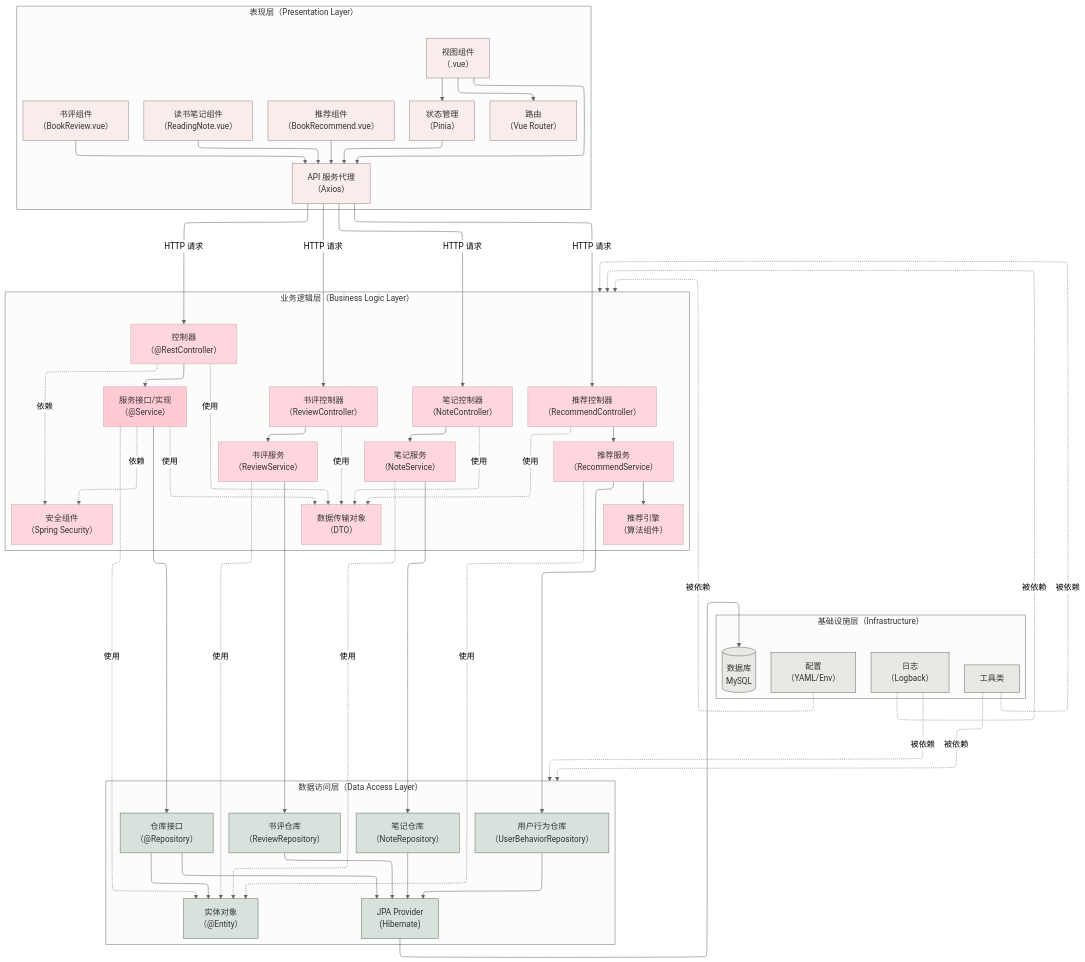
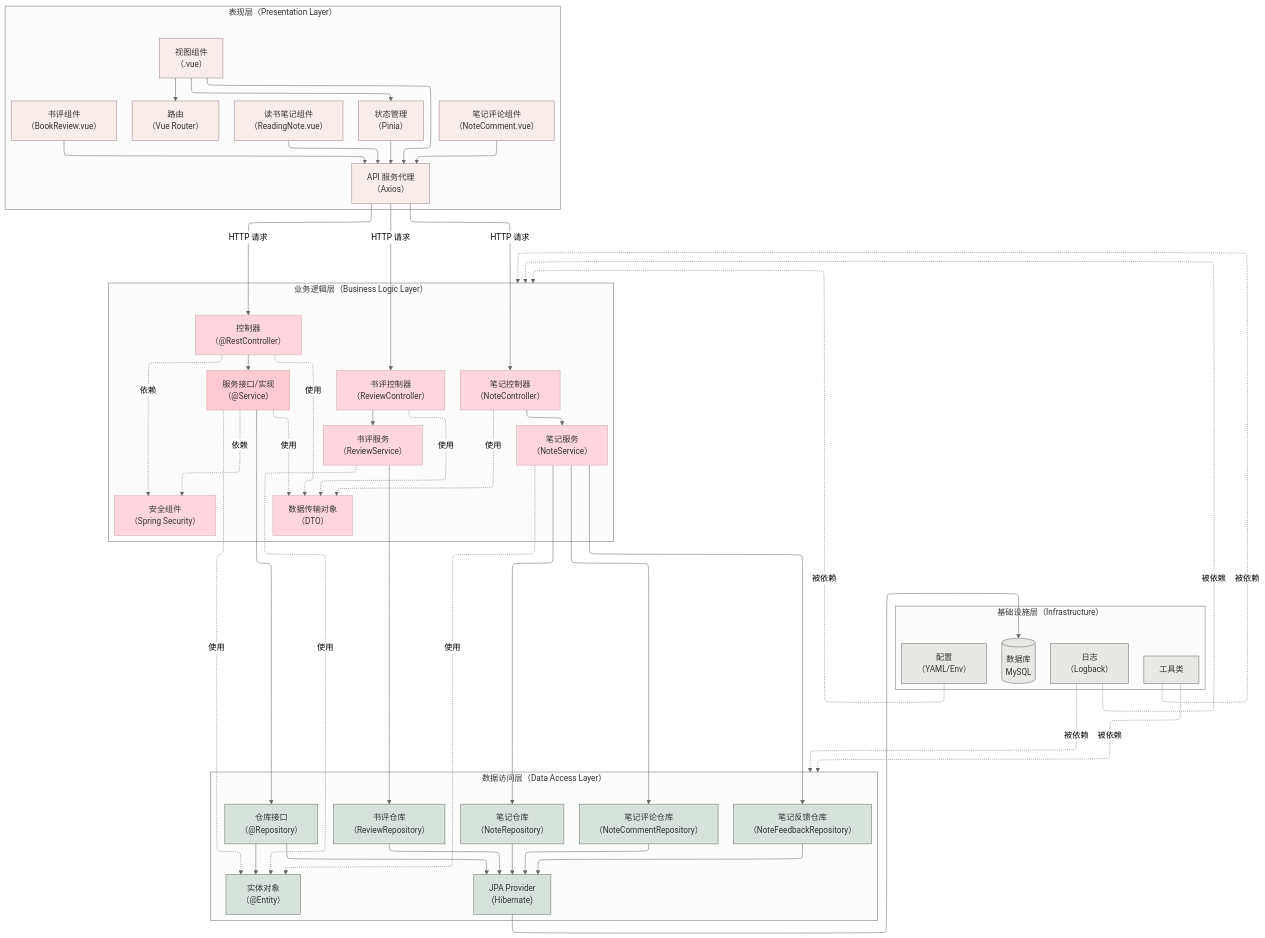
Before and after one commit to pilgrimlyieu/Tomato-Bookstore: the second of 4 diagrams in docs/lab/architecture-design.md, drawn with Mermaid (neutral theme). The commit also changed other lines of this file and 15 other files, not shown here.

````diff
--- a/docs/lab/architecture-design.md
+++ b/docs/lab/architecture-design.md
@@ -154,7 +153,7 @@
         %% 自由需求组件
         ReviewComponent["书评组件<br>（BookReview.vue）"]
         NoteComponent["读书笔记组件<br>（ReadingNote.vue）"]
-        RecommendComponent["推荐组件<br>（BookRecommend.vue）"]
+        CommentComponent["笔记评论组件<br>（NoteComment.vue）"]
     end
 
     subgraph Business["业务逻辑层（Business Logic Layer）"]
@@ -167,12 +166,9 @@
         %% 自由需求业务组件
         ReviewController["书评控制器<br>（ReviewController）"]
         NoteController["笔记控制器<br>（NoteController）"]
-        RecommendController["推荐控制器<br>（RecommendController）"]
 
         ReviewService["书评服务<br>（ReviewService）"]
         NoteService["笔记服务<br>（NoteService）"]
-        RecommendService["推荐服务<br>（RecommendService）"]
-        RecommendEngine["推荐引擎<br>（算法组件）"]
     end
 
     subgraph Data["数据访问层（Data Access Layer）"]
@@ -184,7 +180,8 @@
         %% 自由需求数据访问组件
         ReviewRepository["书评仓库<br>（ReviewRepository）"]
         NoteRepository["笔记仓库<br>（NoteRepository）"]
-        UserBehaviorRepository["用户行为仓库<br>（UserBehaviorRepository）"]
+        CommentRepository["笔记评论仓库<br>（NoteCommentRepository）"]
+        FeedbackRepository["笔记反馈仓库<br>（NoteFeedbackRepository）"]
     end
 
     subgraph Infra["基础设施层（Infrastructure）"]
@@ -209,24 +206,23 @@
     %% 自由需求组件连接
     ReviewComponent --> ServiceProxy
     NoteComponent --> ServiceProxy
-    RecommendComponent --> ServiceProxy
+    CommentComponent --> ServiceProxy
 
     ServiceProxy -->|"HTTP 请求"| ReviewController
     ServiceProxy -->|"HTTP 请求"| NoteController
-    ServiceProxy -->|"HTTP 请求"| RecommendController
 
     ReviewController --> ReviewService
     NoteController --> NoteService
-    RecommendController --> RecommendService
 
     ReviewService --> ReviewRepository
     NoteService --> NoteRepository
-    RecommendService --> UserBehaviorRepository
-    RecommendService --> RecommendEngine
+    NoteService --> CommentRepository
+    NoteService --> FeedbackRepository
 
     ReviewRepository --> JPA
     NoteRepository --> JPA
-    UserBehaviorRepository --> JPA
+    CommentRepository --> JPA
+    FeedbackRepository --> JPA
 
     %% 关联关系（虚线，减少重叠）
     Controller -.->|"使用"| DTO
@@ -237,20 +233,18 @@
 
     ReviewController -.->|"使用"| DTO
     NoteController -.->|"使用"| DTO
-    RecommendController -.->|"使用"| DTO
 
     ReviewService -.->|"使用"| Entity
     NoteService -.->|"使用"| Entity
-    RecommendService -.->|"使用"| Entity
 
     %% 简化基础设施依赖（使用集合连线减少混乱）
     Config & Utils & Logging -.->|"被依赖"| Business
     Utils & Logging -.->|"被依赖"| Data
 
     %% 应用样式
-    class View,Router,Store,ServiceProxy,ReviewComponent,NoteComponent,RecommendComponent clientNode
-    class Controller,DTO,Security,ReviewController,NoteController,RecommendController,ReviewService,NoteService,RecommendService,RecommendEngine serverController
+    class View,Router,Store,ServiceProxy,ReviewComponent,NoteComponent,CommentComponent clientNode
+    class Controller,DTO,Security,ReviewController,NoteController,ReviewService,NoteService serverController
     class Service serverService
-    class Repository,Entity,JPA,ReviewRepository,NoteRepository,UserBehaviorRepository dataAccess
+    class Repository,Entity,JPA,ReviewRepository,NoteRepository,CommentRepository,FeedbackRepository dataAccess
     class Database,Config,Utils,Logging infrastructure
 ```
````
